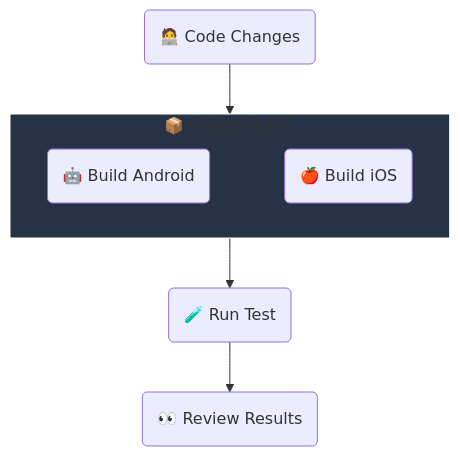
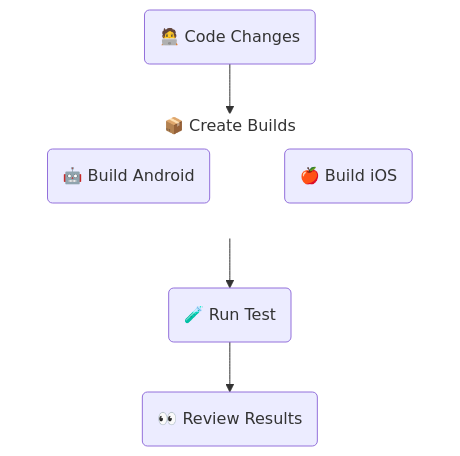
Before and after one commit to sherlo-io/sherlo: the diagram in examples/standard/README.md, drawn with Mermaid.

Commit message:
no message

````diff
--- a/examples/standard/README.md
+++ b/examples/standard/README.md
@@ -14,16 +14,16 @@
 ```mermaid
 flowchart TB
    UI(🧑‍💻 Code Changes)
    subgraph Build[📦 Create Builds]
       Android(🤖 Build Android)
       iOS(🍎 Build iOS)
       Android ~~~ iOS
-      style Build fill:#263347,stroke:#FFF
+      style Build fill:#26334700,stroke:#FFF
    end
    Test(🧪 Run Test)
    Review(👀 Review Results)
 
    UI --> Build
    Build --> Test
    Test --> Review
 ```
````
